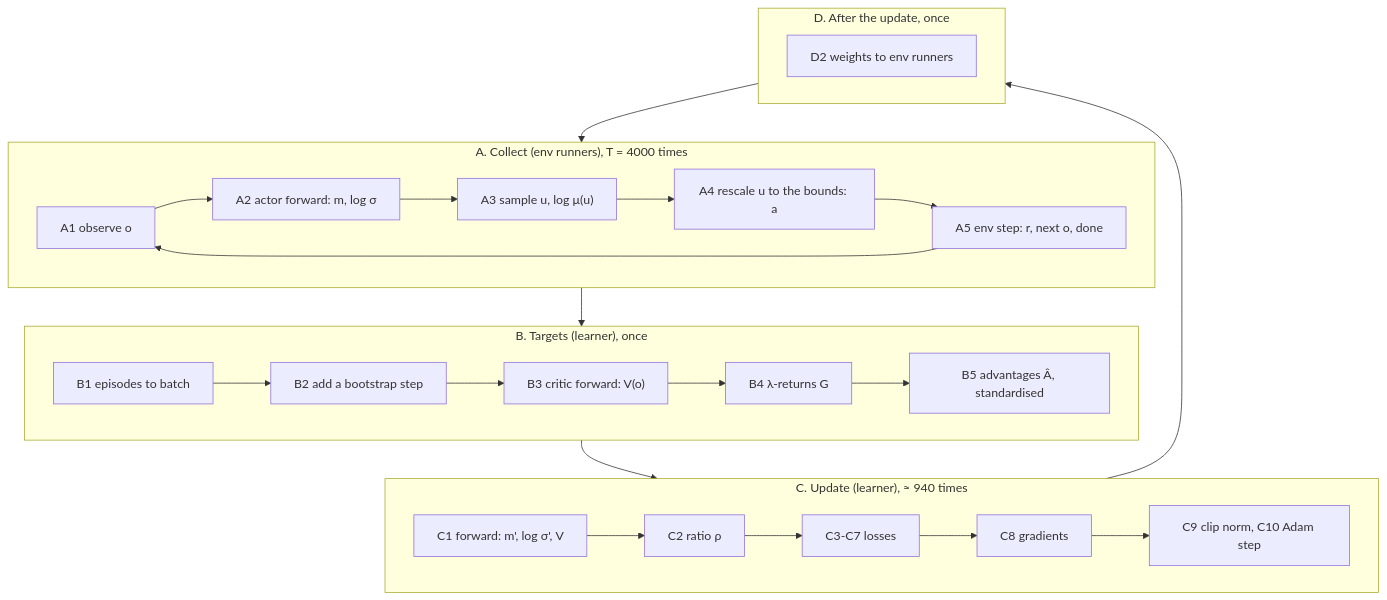
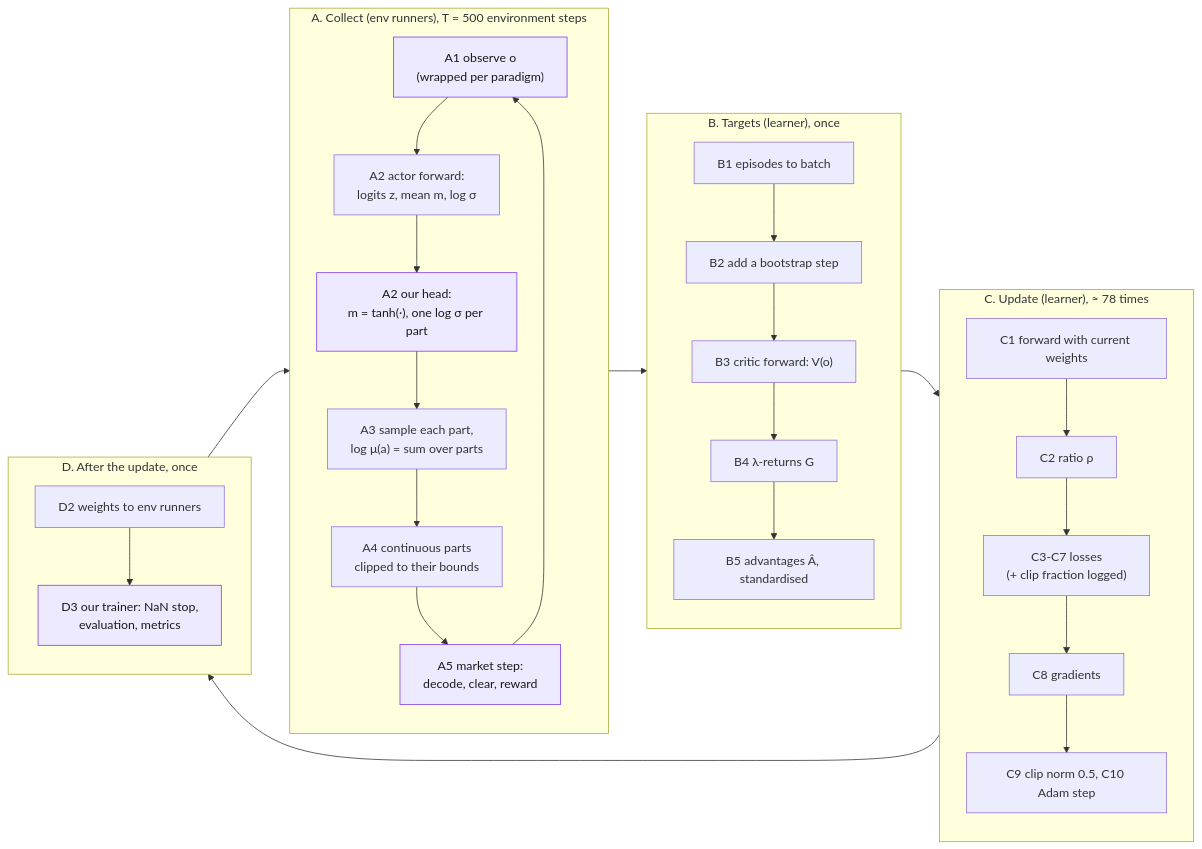
One commit to KevinRapo/P2P-thesis changed the diagram in docs/rl/cycle.md. Above: the diagram before and after it, drawn with Mermaid. The commit also changed other lines of this file and 9 other files, not shown here.

````diff
--- a/docs/rl/cycle.md
+++ b/docs/rl/cycle.md
@@ -62,26 +56,32 @@
 ```mermaid
-flowchart TD
-    subgraph A["A. Collect (env runners), T = 4000 times"]
-        A1["A1 observe o"] --> A2["A2 actor forward: m, log σ"]
-        A2 --> A3["A3 sample u, log μ(u)"]
-        A3 --> A4["A4 rescale u to the bounds: a"]
-        A4 --> A5["A5 env step: r, next o, done"]
+flowchart LR
+    subgraph A["A. Collect (env runners), T = 500 environment steps"]
+        direction TB
+        A1["A1 observe o<br/>(wrapped per paradigm)"]:::ours --> A2["A2 actor forward:<br/>logits z, mean m, log σ"]
+        A2 --> A2b["A2 our head:<br/>m = tanh(·), one log σ per part"]:::ours
+        A2b --> A3["A3 sample each part,<br/>log μ(a) = sum over parts"]
+        A3 --> A4["A4 continuous parts<br/>clipped to their bounds"]
+        A4 --> A5["A5 market step:<br/>decode, clear, reward"]:::ours
         A5 --> A1
     end
     subgraph B["B. Targets (learner), once"]
+        direction TB
         B1["B1 episodes to batch"] --> B2["B2 add a bootstrap step"]
         B2 --> B3["B3 critic forward: V(o)"]
         B3 --> B4["B4 λ-returns G"]
         B4 --> B5["B5 advantages Â, standardised"]
     end
-    subgraph C["C. Update (learner), ≈ 940 times"]
-        C1["C1 forward: m', log σ', V"] --> C2["C2 ratio ρ"]
-        C2 --> C3["C3-C7 losses"]
+    subgraph C["C. Update (learner), ≈ 78 times"]
+        direction TB
+        C1["C1 forward with current weights"] --> C2["C2 ratio ρ"]
+        C2 --> C3["C3-C7 losses<br/>(+ clip fraction logged)"]
         C3 --> C4["C8 gradients"]
-        C4 --> C5["C9 clip norm, C10 Adam step"]
+        C4 --> C5["C9 clip norm 0.5, C10 Adam step"]
     end
     subgraph D["D. After the update, once"]
-        D2["D2 weights to env runners"]
+        direction TB
+        D2["D2 weights to env runners"] --> D3["D3 our trainer: NaN stop,<br/>evaluation, metrics"]:::ours
     end
     A --> B --> C --> D --> A
+    classDef ours fill:#ede9fe,stroke:#7c3aed,color:#1a1a1a
 ```
````
